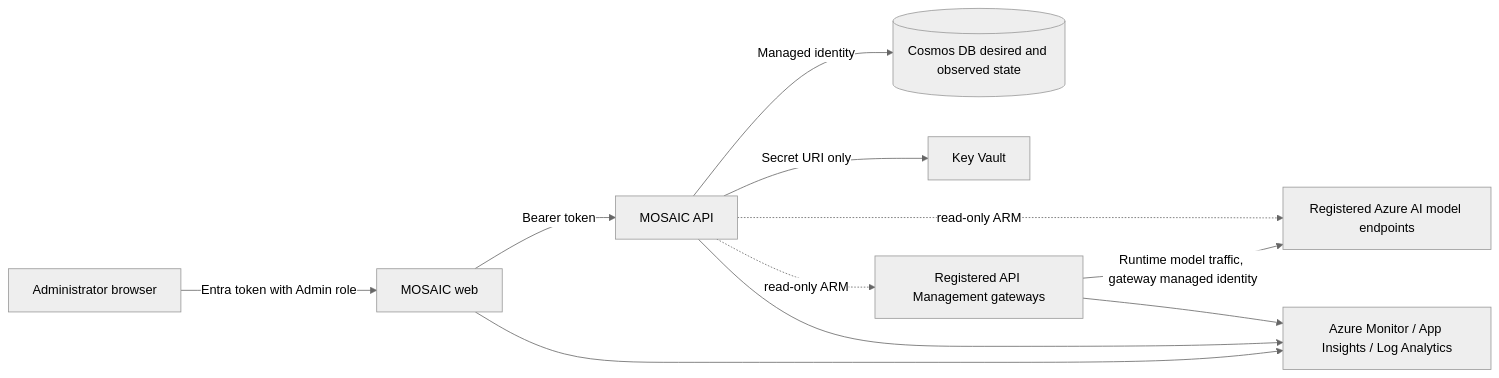
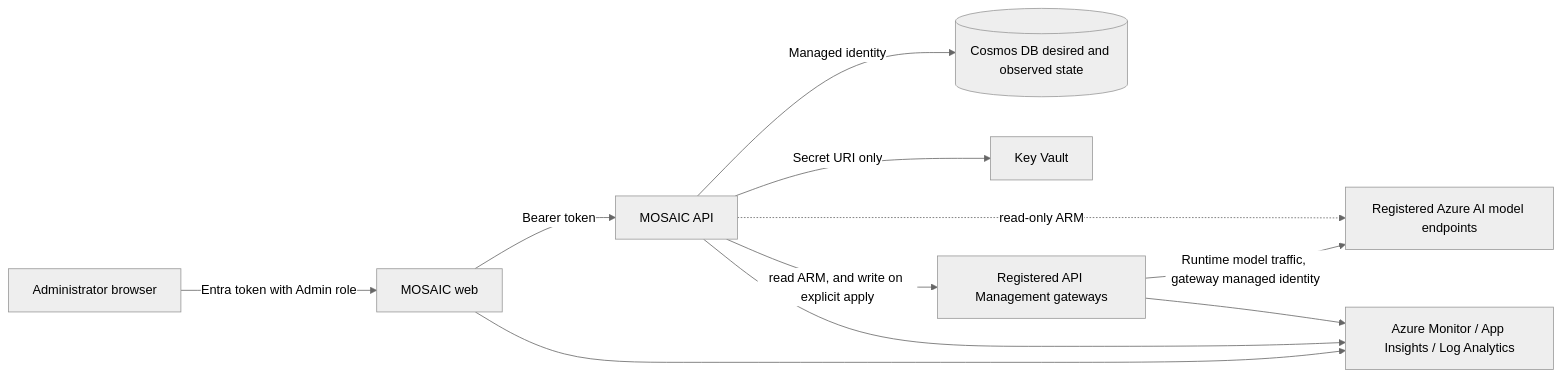
The diagram in README.md (microsoft/mosaic-apim), drawn with Mermaid (neutral theme) before and after one commit. The commit also changed other lines of this file and 35 other files, not shown here.

````diff
--- a/README.md
+++ b/README.md
@@ -18,13 +24,13 @@
 ```mermaid
 flowchart LR
     Admin[Administrator browser] -->|Entra token with Admin role| Web[MOSAIC web]
     Web -->|Bearer token| API[MOSAIC API]
     API -->|Managed identity| Cosmos[(Cosmos DB desired and observed state)]
     API -->|Secret URI only| KV[Key Vault]
-    API -. read-only ARM .-> APIM[Registered API Management gateways]
     API -. read-only ARM .-> Foundry[Registered Azure AI model endpoints]
+    API -->|read ARM, and write on explicit apply| APIM[Registered API Management gateways]
     APIM -->|Runtime model traffic, gateway managed identity| Foundry
     APIM --> Monitor[Azure Monitor / App Insights / Log Analytics]
     API --> Monitor
     Web --> Monitor
 ```
````
